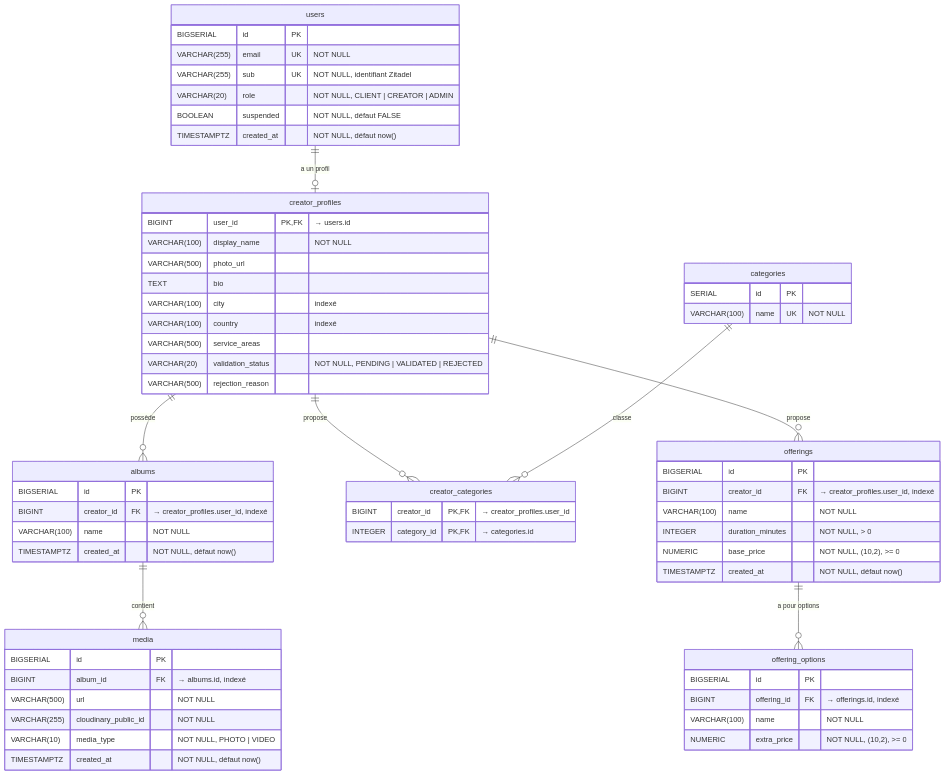
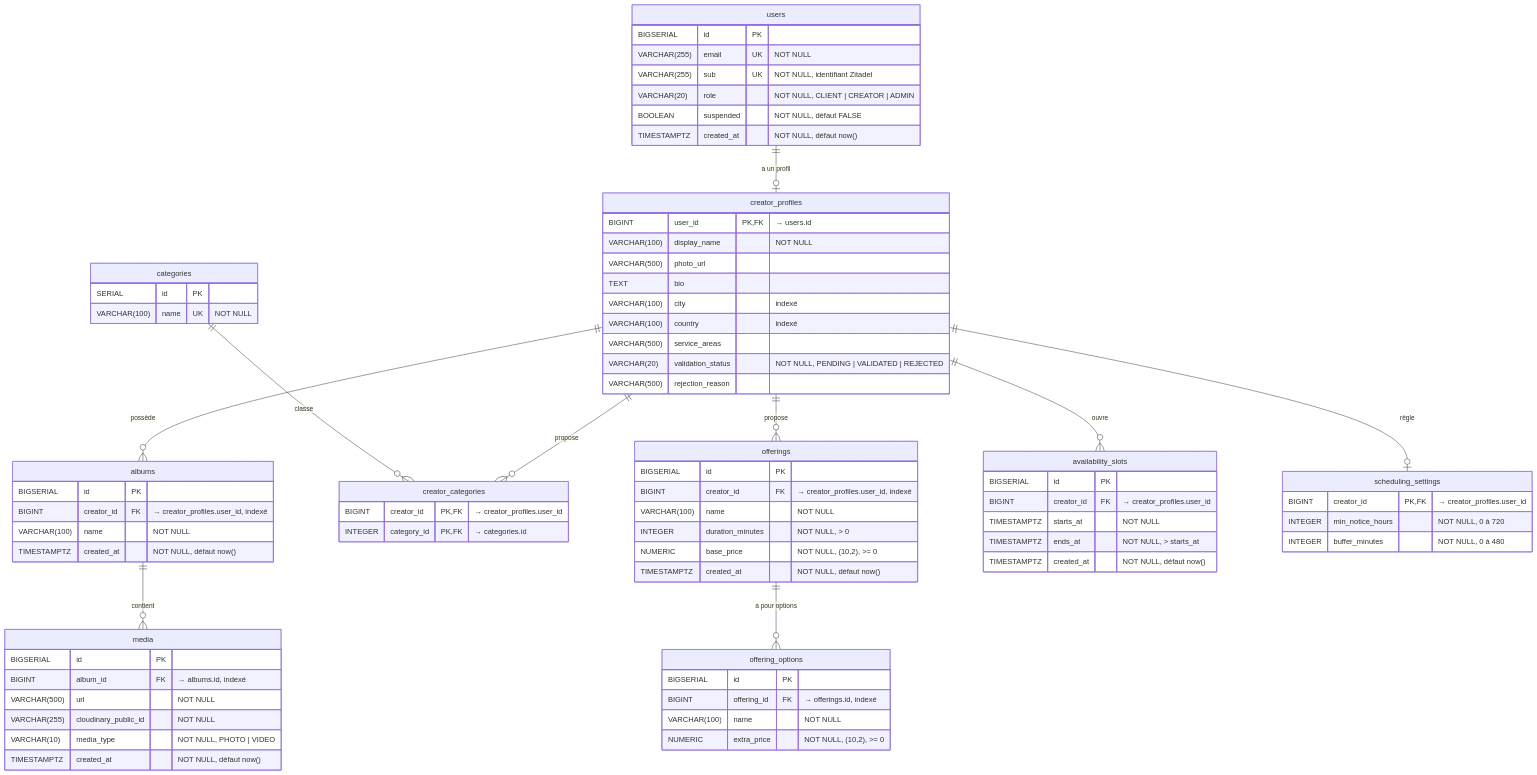
Before and after one commit to spidermiriki/clip-clap: the diagram in docs/architecture/schema-bd.md, drawn with Mermaid. The commit also changed other lines of this file, not shown here.

Commit message:
docs(schema): tables availability_slots et scheduling_settings (#28)

````diff
--- a/docs/architecture/schema-bd.md
+++ b/docs/architecture/schema-bd.md
@@ -21,6 +21,8 @@
     categories ||--o{ creator_categories : "classe"
     creator_profiles ||--o{ offerings : "propose"
     offerings ||--o{ offering_options : "a pour options"
+    creator_profiles ||--o{ availability_slots : "ouvre"
+    creator_profiles ||--o| scheduling_settings : "règle"
 
     users {
         BIGSERIAL id PK
@@ -84,4 +86,18 @@
         VARCHAR(100) name "NOT NULL"
         NUMERIC extra_price "NOT NULL, (10,2), >= 0"
     }
+
+    availability_slots {
+        BIGSERIAL id PK
+        BIGINT creator_id FK "→ creator_profiles.user_id"
+        TIMESTAMPTZ starts_at "NOT NULL"
+        TIMESTAMPTZ ends_at "NOT NULL, > starts_at"
+        TIMESTAMPTZ created_at "NOT NULL, défaut now()"
+    }
+
+    scheduling_settings {
+        BIGINT creator_id PK, FK "→ creator_profiles.user_id"
+        INTEGER min_notice_hours "NOT NULL, 0 à 720"
+        INTEGER buffer_minutes "NOT NULL, 0 à 480"
+    }
 ```
````
